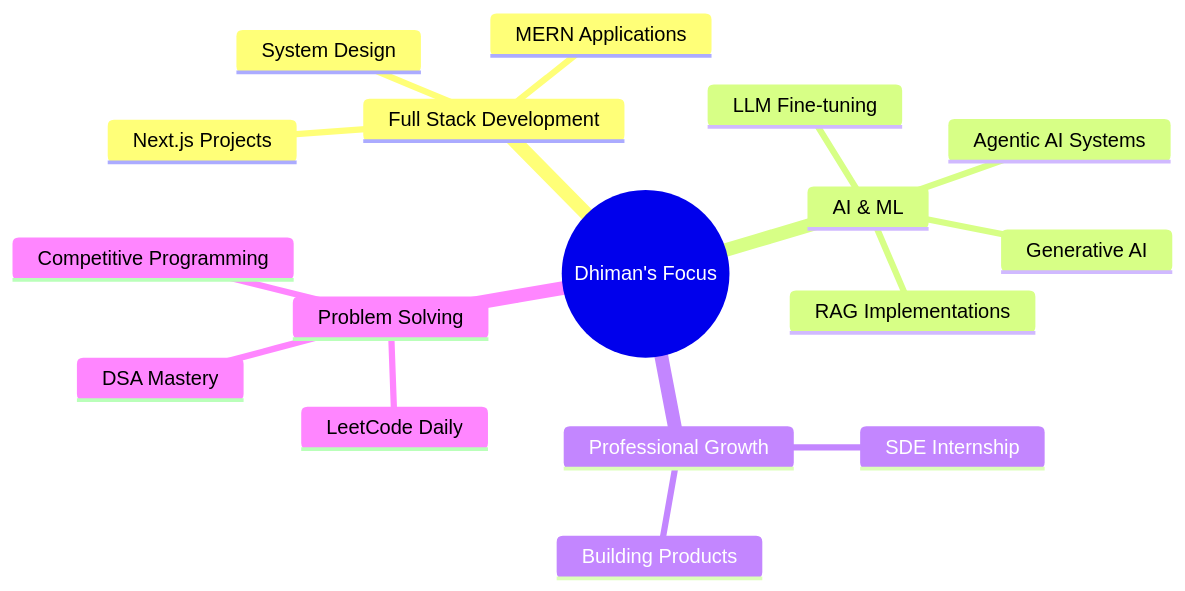
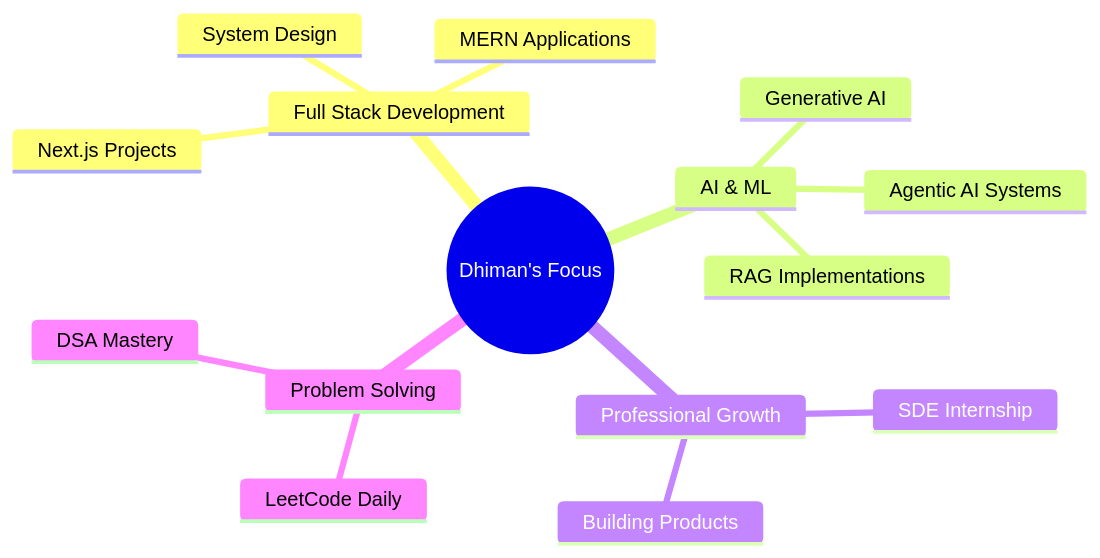
The diagram in README.md (DhimanMajumdar/DhimanMajumdar), drawn with Mermaid before and after one commit.

Commit message:
Update README to remove specific sections
Removed 'LLM Fine-tuning' and 'Competitive Programming' sections from the README.

````diff
--- a/README.md
+++ b/README.md
@@ -120,20 +120,18 @@
 ```mermaid
 mindmap
   root((Dhiman's Focus))
     Full Stack Development
       Next.js Projects
       MERN Applications
       System Design
     AI & ML
       Generative AI
       Agentic AI Systems
       RAG Implementations
-      LLM Fine-tuning
     Professional Growth
       SDE Internship
       Building Products
     Problem Solving
       LeetCode Daily
       DSA Mastery
-      Competitive Programming
 ```
````
